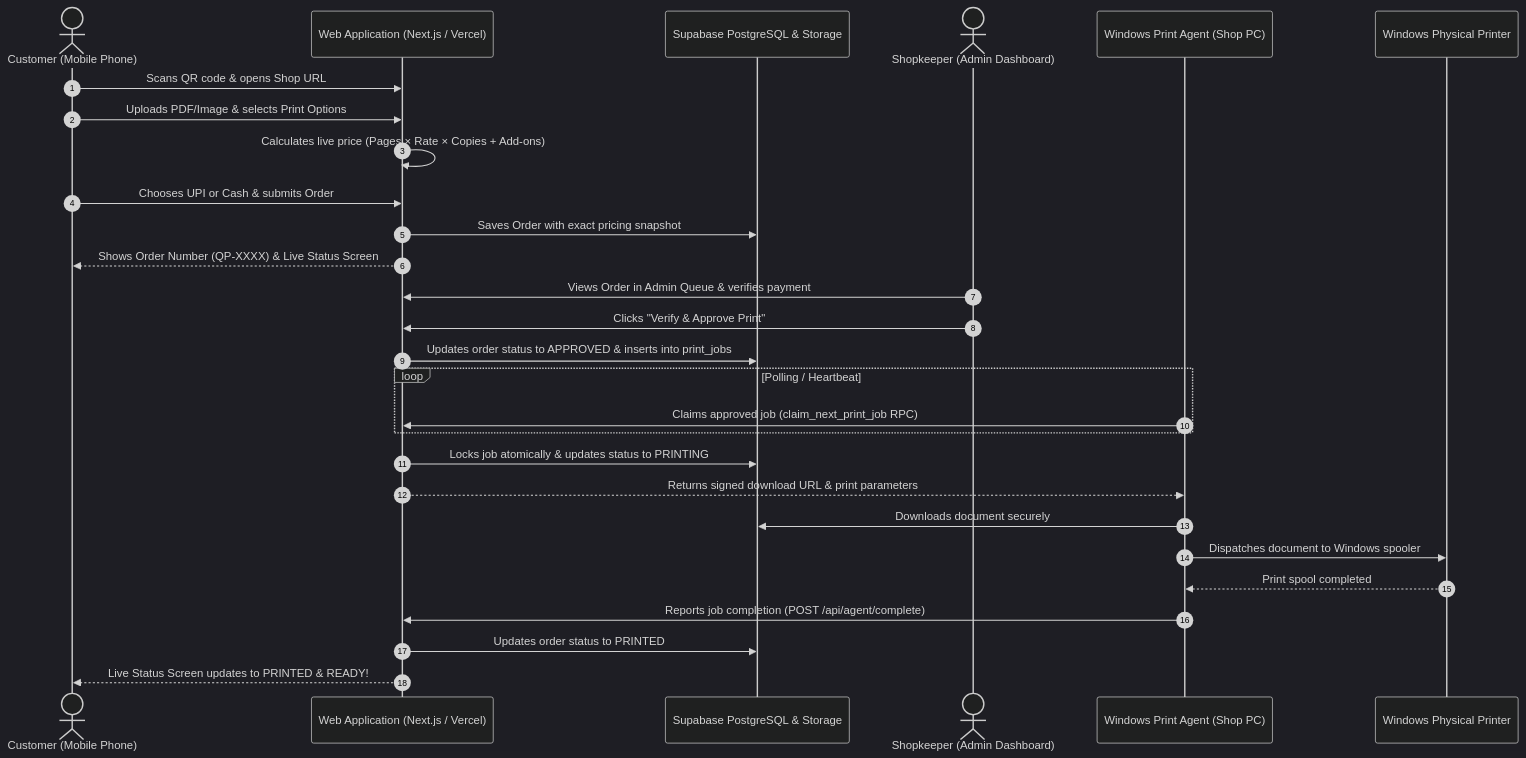
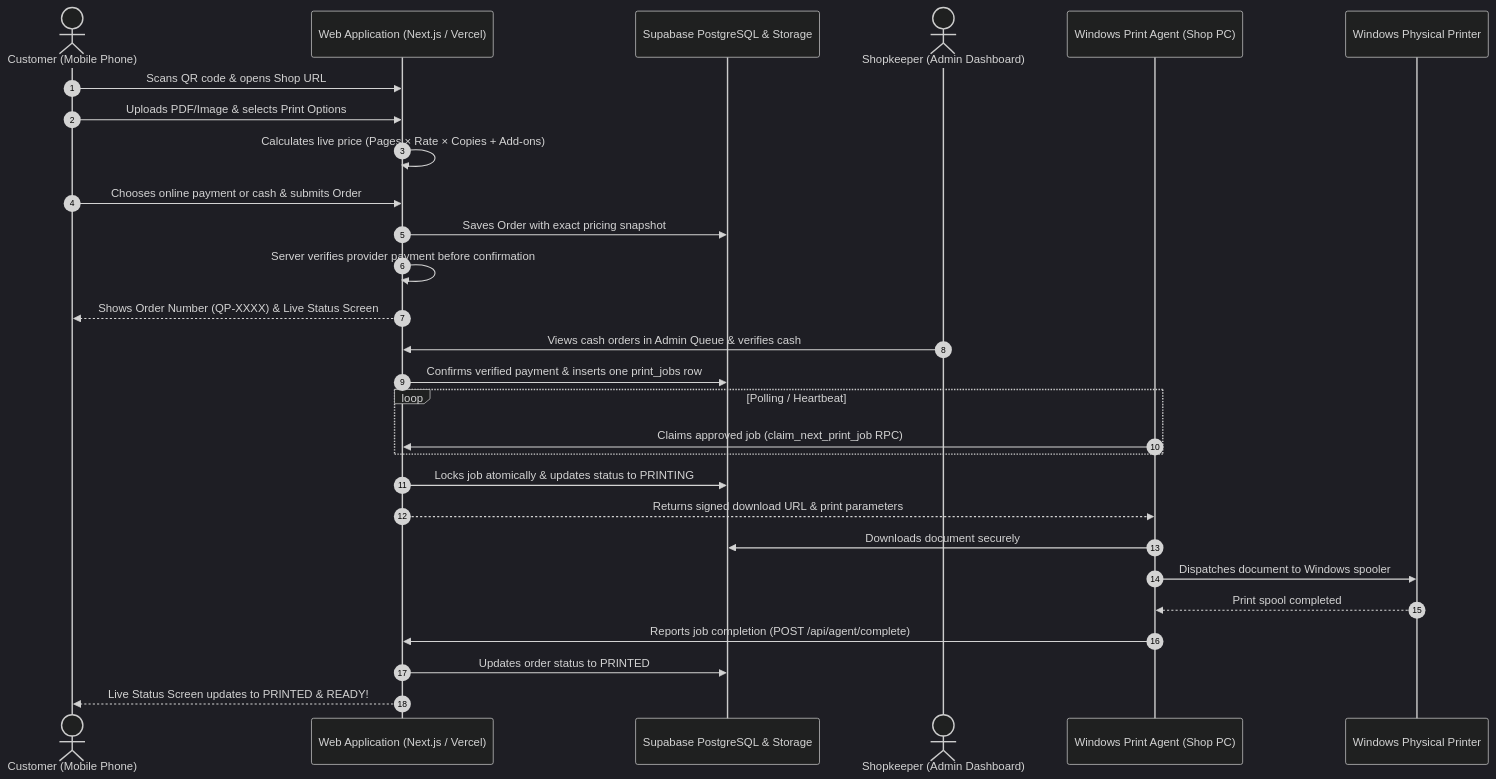
The first of 2 diagrams in docs/ARCHITECTURE.md (subham-25-prog/Quick-Print), drawn with Mermaid (dark theme) before and after one commit. The commit also changed other lines of this file and 18 other files, not shown here.

````diff
--- a/docs/ARCHITECTURE.md
+++ b/docs/ARCHITECTURE.md
@@ -5,34 +5,34 @@
 ```mermaid
 sequenceDiagram
     autonumber
     actor Customer as Customer (Mobile Phone)
     participant NextApp as Web Application (Next.js / Vercel)
     participant DB as Supabase PostgreSQL & Storage
     actor Shopkeeper as Shopkeeper (Admin Dashboard)
     participant Agent as Windows Print Agent (Shop PC)
     participant Printer as Windows Physical Printer
 
     Customer->>NextApp: Scans QR code & opens Shop URL
     Customer->>NextApp: Uploads PDF/Image & selects Print Options
     NextApp->>NextApp: Calculates live price (Pages × Rate × Copies + Add-ons)
-    Customer->>NextApp: Chooses UPI or Cash & submits Order
+    Customer->>NextApp: Chooses online payment or cash & submits Order
     NextApp->>DB: Saves Order with exact pricing snapshot
+    NextApp->>NextApp: Server verifies provider payment before confirmation
     NextApp-->>Customer: Shows Order Number (QP-XXXX) & Live Status Screen
 
-    Shopkeeper->>NextApp: Views Order in Admin Queue & verifies payment
-    Shopkeeper->>NextApp: Clicks "Verify & Approve Print"
-    NextApp->>DB: Updates order status to APPROVED & inserts into print_jobs
+    Shopkeeper->>NextApp: Views cash orders in Admin Queue & verifies cash
+    NextApp->>DB: Confirms verified payment & inserts one print_jobs row
 
     loop Polling / Heartbeat
         Agent->>NextApp: Claims approved job (claim_next_print_job RPC)
     end
 
     NextApp->>DB: Locks job atomically & updates status to PRINTING
     NextApp-->>Agent: Returns signed download URL & print parameters
     Agent->>DB: Downloads document securely
     Agent->>Printer: Dispatches document to Windows spooler
     Printer-->>Agent: Print spool completed
     Agent->>NextApp: Reports job completion (POST /api/agent/complete)
     NextApp->>DB: Updates order status to PRINTED
     NextApp-->>Customer: Live Status Screen updates to PRINTED & READY!
 ```
````
